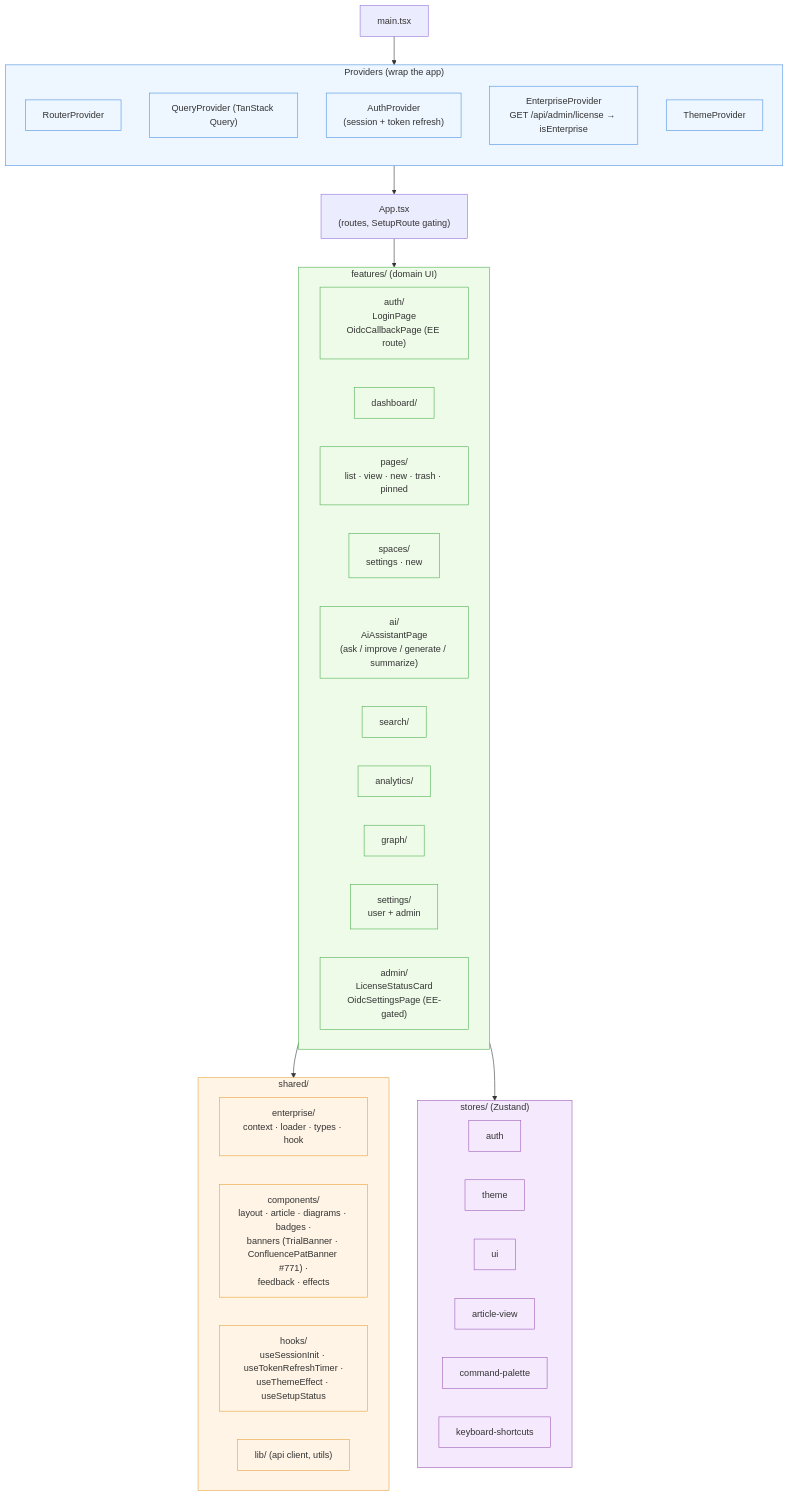
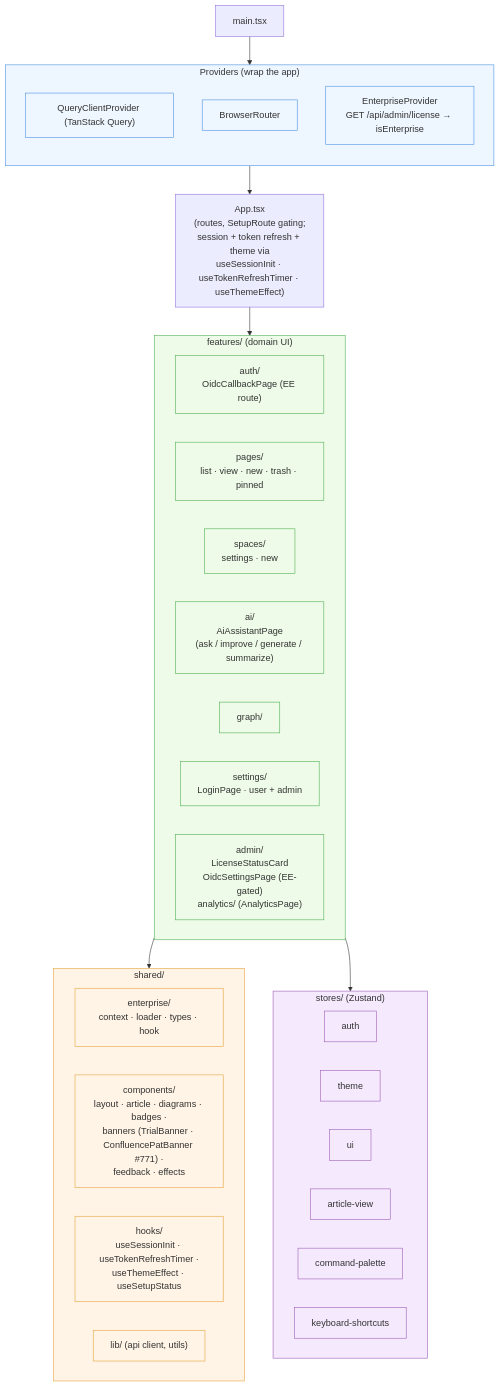
Before and after one commit to Compendiq/compendiq-ce: the first of 2 diagrams in docs/architecture/04-frontend-structure.md, drawn with Mermaid. The commit also changed other lines of this file and 14 other files, not shown here.

````diff
--- a/docs/architecture/04-frontend-structure.md
+++ b/docs/architecture/04-frontend-structure.md
@@ -8,62 +8,57 @@
 ```mermaid
 flowchart TB
     main["main.tsx"]
 
     subgraph providers["Providers (wrap the app)"]
         direction TB
-        rp["RouterProvider"]
-        qp["QueryProvider (TanStack Query)"]
-        ap["AuthProvider<br/>(session + token refresh)"]
+        qp["QueryClientProvider (TanStack Query)"]
+        rp["BrowserRouter"]
         ep["EnterpriseProvider<br/>GET /api/admin/license → isEnterprise"]
-        tp["ThemeProvider"]
     end
 
     main --> providers
-    providers --> app["App.tsx<br/>(routes, SetupRoute gating)"]
+    providers --> app["App.tsx<br/>(routes, SetupRoute gating;<br/>session + token refresh + theme via<br/>useSessionInit · useTokenRefreshTimer · useThemeEffect)"]
 
     subgraph features["features/ (domain UI)"]
         direction LR
-        fAuth["auth/<br/>LoginPage<br/>OidcCallbackPage (EE route)"]
-        fDash["dashboard/"]
+        fAuth["auth/<br/>OidcCallbackPage (EE route)"]
         fPages["pages/<br/>list · view · new · trash · pinned"]
         fSpaces["spaces/<br/>settings · new"]
         fAI["ai/<br/>AiAssistantPage<br/>(ask / improve / generate / summarize)"]
-        fSearch["search/"]
-        fAnalytics["analytics/"]
         fGraph["graph/"]
-        fSettings["settings/<br/>user + admin"]
-        fAdmin["admin/<br/>LicenseStatusCard<br/>OidcSettingsPage (EE-gated)"]
+        fSettings["settings/<br/>LoginPage · user + admin"]
+        fAdmin["admin/<br/>LicenseStatusCard<br/>OidcSettingsPage (EE-gated)<br/>analytics/ (AnalyticsPage)"]
     end
 
     app --> features
 
     subgraph shared["shared/"]
         direction LR
         sEnt["enterprise/<br/>context · loader · types · hook"]
         sComp["components/<br/>layout · article · diagrams · badges ·<br/>banners (TrialBanner · ConfluencePatBanner #771) ·<br/>feedback · effects"]
         sHooks["hooks/<br/>useSessionInit · useTokenRefreshTimer ·<br/>useThemeEffect · useSetupStatus"]
         sLib["lib/ (api client, utils)"]
     end
 
     features --> shared
 
     subgraph stores["stores/ (Zustand)"]
         zAuth["auth"]
         zTheme["theme"]
         zUI["ui"]
         zAV["article-view"]
         zCmd["command-palette"]
         zKb["keyboard-shortcuts"]
     end
 
     features --> stores
 
     classDef prov fill:#eef6ff,stroke:#4a90e2
     classDef feat fill:#eefbe8,stroke:#4caf50
     classDef sh fill:#fff4e5,stroke:#e5a23c
     classDef st fill:#f5eafd,stroke:#9b59b6
-    class providers,rp,qp,ap,ep,tp prov
-    class features,fAuth,fDash,fPages,fSpaces,fAI,fSearch,fAnalytics,fGraph,fSettings,fAdmin feat
+    class providers,qp,rp,ep prov
+    class features,fAuth,fPages,fSpaces,fAI,fGraph,fSettings,fAdmin feat
     class shared,sEnt,sComp,sHooks,sLib sh
     class stores,zAuth,zTheme,zUI,zAV,zCmd,zKb st
 ```
````
